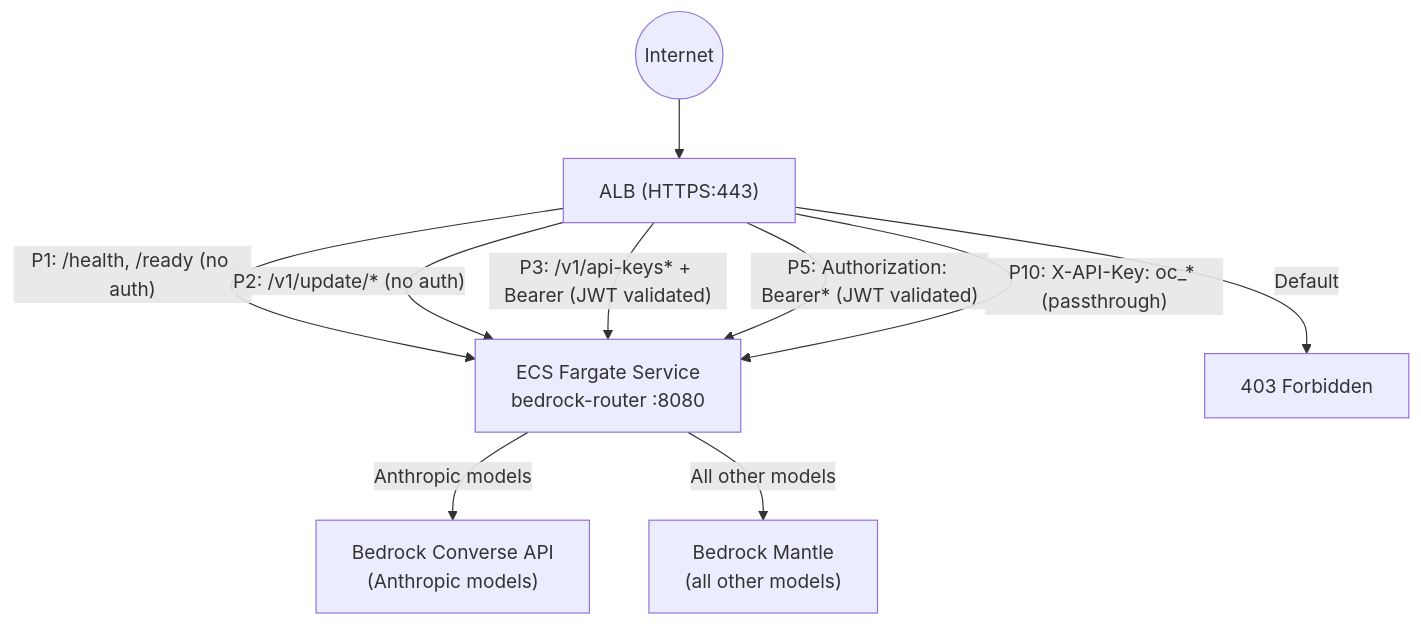
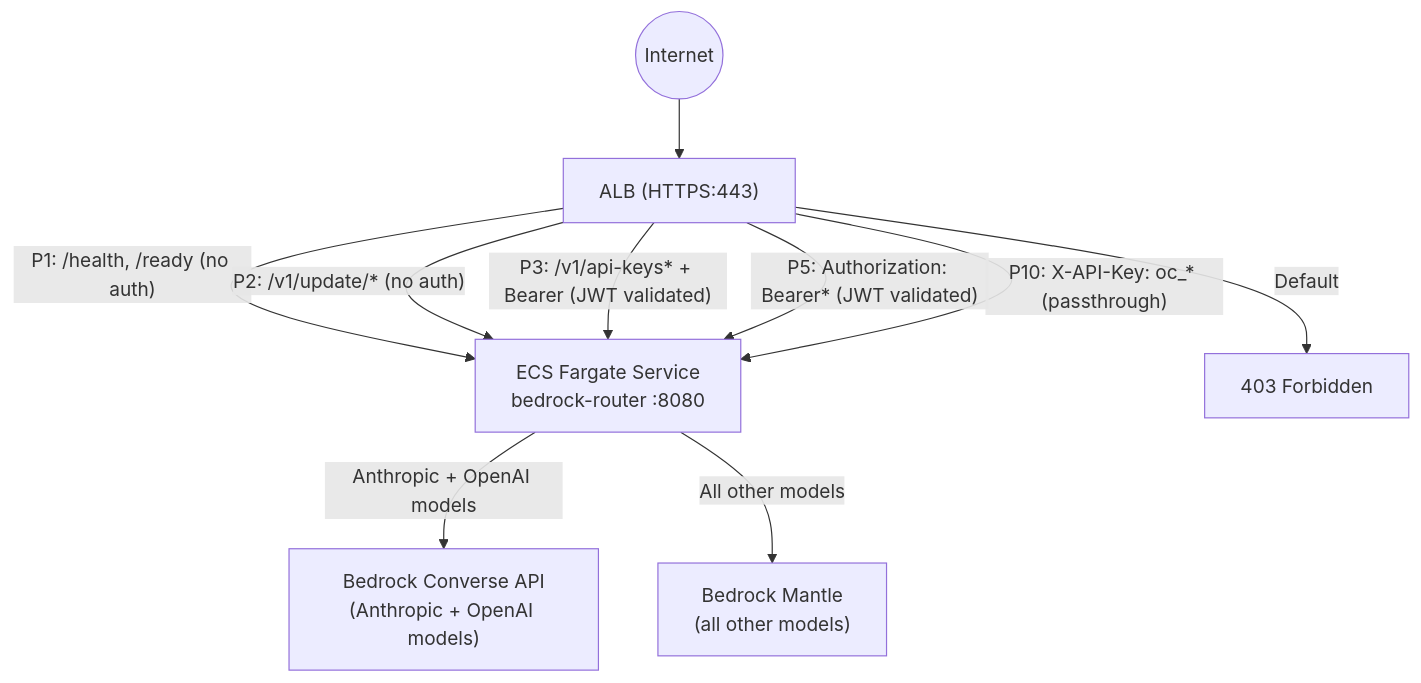
The first of 4 diagrams in docs/ROUTER.md (aws-samples/sample-opencode-with-bedrock), drawn with Mermaid before and after one commit. The commit also changed other lines of this file and 6 other files, not shown here.

````diff
--- a/docs/ROUTER.md
+++ b/docs/ROUTER.md
@@ -33,21 +33,21 @@
 ```mermaid
 flowchart TD
     Internet((Internet))
     ALB["ALB (HTTPS:443)"]
     Router["ECS Fargate Service\nbedrock-router :8080"]
-    Converse["Bedrock Converse API\n(Anthropic models)"]
+    Converse["Bedrock Converse API\n(Anthropic + OpenAI models)"]
     Mantle["Bedrock Mantle\n(all other models)"]
     Forbidden["403 Forbidden"]
 
     Internet --> ALB
 
     ALB -- "P1: /health, /ready (no auth)" --> Router
     ALB -- "P2: /v1/update/* (no auth)" --> Router
     ALB -- "P3: /v1/api-keys* + Bearer (JWT validated)" --> Router
     ALB -- "P5: Authorization: Bearer* (JWT validated)" --> Router
     ALB -- "P10: X-API-Key: oc_* (passthrough)" --> Router
     ALB -- "Default" --> Forbidden
 
-    Router -- "Anthropic models" --> Converse
+    Router -- "Anthropic + OpenAI models" --> Converse
     Router -- "All other models" --> Mantle
 ```
````
